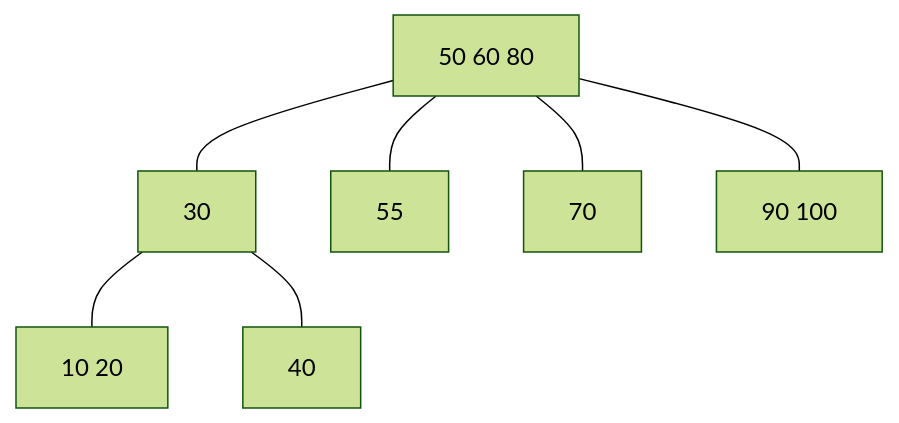
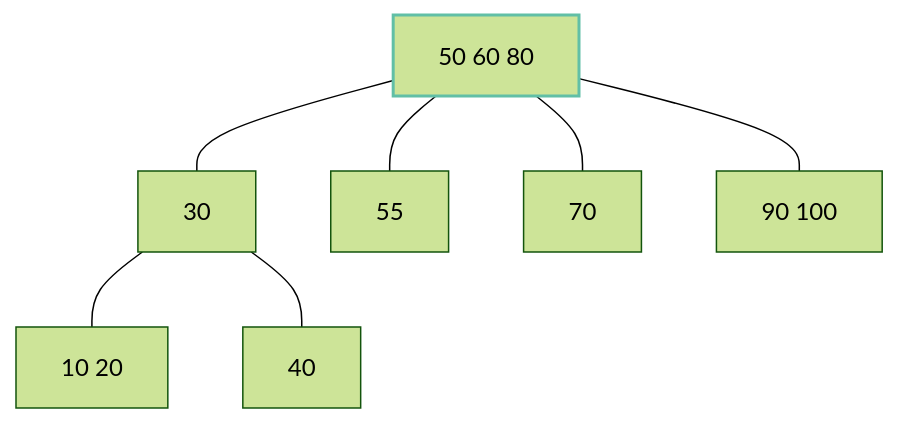
Before and after one commit to chupai/website-hugo: the eighth of 23 diagrams in content/posts/2007/ds_redblack-tree-1.md, drawn with Mermaid (forest theme). The commit also changed other lines of this file and 49 other files, not shown here.

````diff
--- a/content/posts/2007/ds_redblack-tree-1.md
+++ b/content/posts/2007/ds_redblack-tree-1.md
@@ -233,5 +257,8 @@
 ```mermaid
 graph TB;
   A[50 60 80] --- B[30] & C[55] & D[70] & E[90 100];
   B[30] --- F[10 20] & G[40];
+  
+  classDef green stroke:#61bfa6,stroke-width:2px;
+  A:::green;
 ```
````
